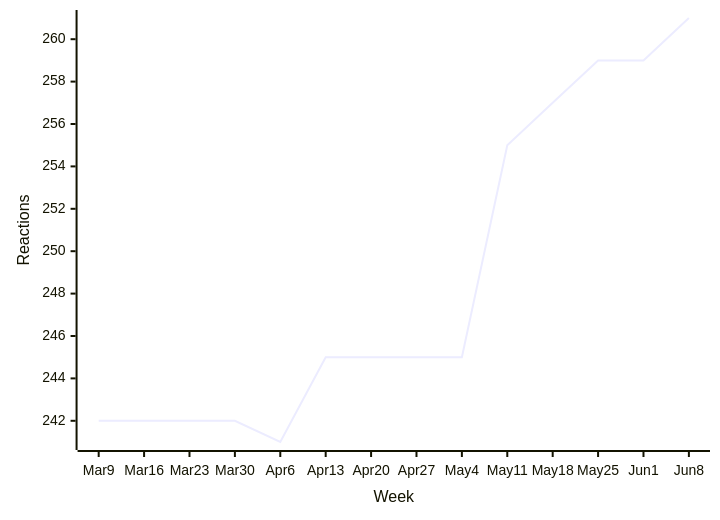
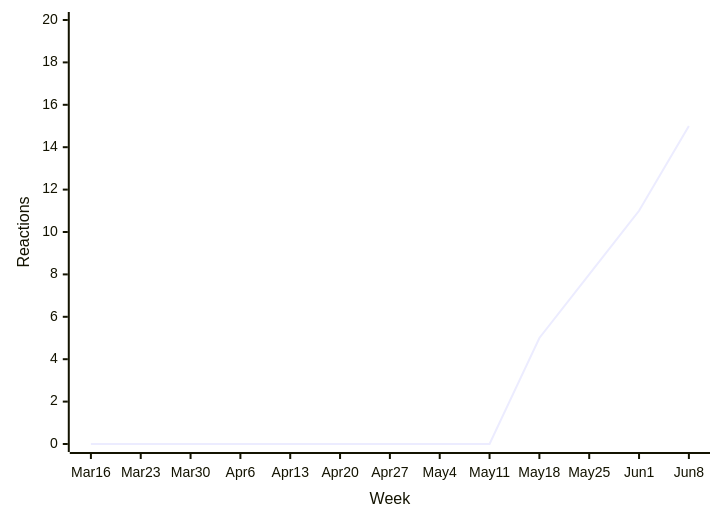
One commit to loic-sharma/github-insights changed the ninth of 45 diagrams in README.md. Above: the diagram before and after it, drawn with Mermaid. The commit also changed other lines of this file and 3 other files, not shown here.

````diff
--- a/README.md
+++ b/README.md
@@ -475,6 +475,6 @@
   ```mermaid
   xychart-beta
-    x-axis "Week" [Mar 9, Mar 16, Mar 23, Mar 30, Apr 6, Apr 13, Apr 20, Apr 27, May 4, May 11, May 18, May 25, Jun 1, Jun 8]
-    y-axis "Reactions"
-    line [242, 242, 242, 242, 241, 245, 245, 245, 245, 255, 257, 259, 259, 261]
+    x-axis "Week" [Mar 16, Mar 23, Mar 30, Apr 6, Apr 13, Apr 20, Apr 27, May 4, May 11, May 18, May 25, Jun 1, Jun 8]
+    y-axis "Reactions" 0 --> 20
+    line [0, 0, 0, 0, 0, 0, 0, 0, 0, 5, 8, 11, 15]
   ```
````
